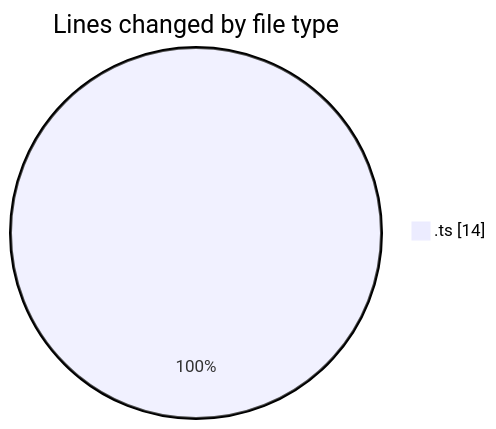
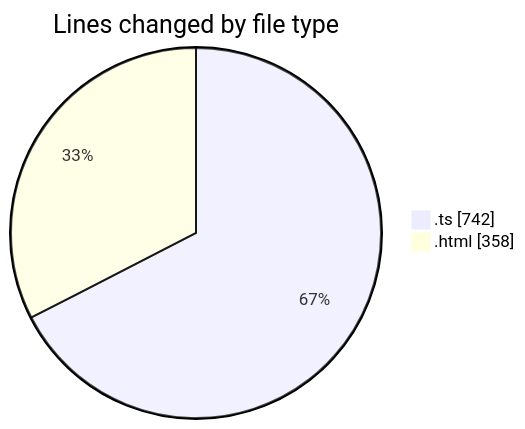
The first of 2 diagrams in 2026-01-05/budget_front_nest/README.md (igalym/code-tracking), drawn with Mermaid before and after one commit. The commit also changed other lines of this file and 1 other file, not shown here.

````diff
--- a/2026-01-05/budget_front_nest/README.md
+++ b/2026-01-05/budget_front_nest/README.md
@@ -20,5 +23,6 @@
 ```mermaid
 pie showData
 title Lines changed by file type
-".ts" : 14
+".ts" : 742
+".html" : 358
 ```
````
